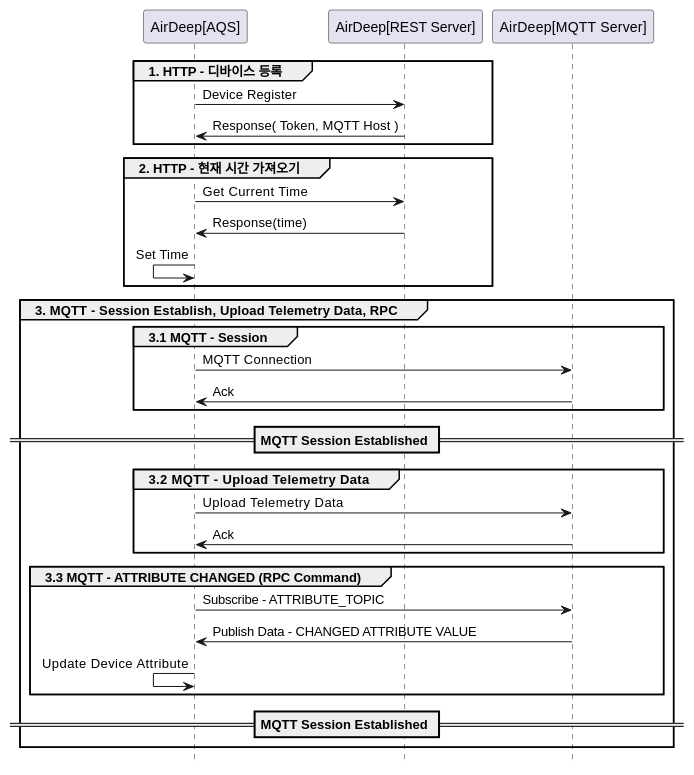
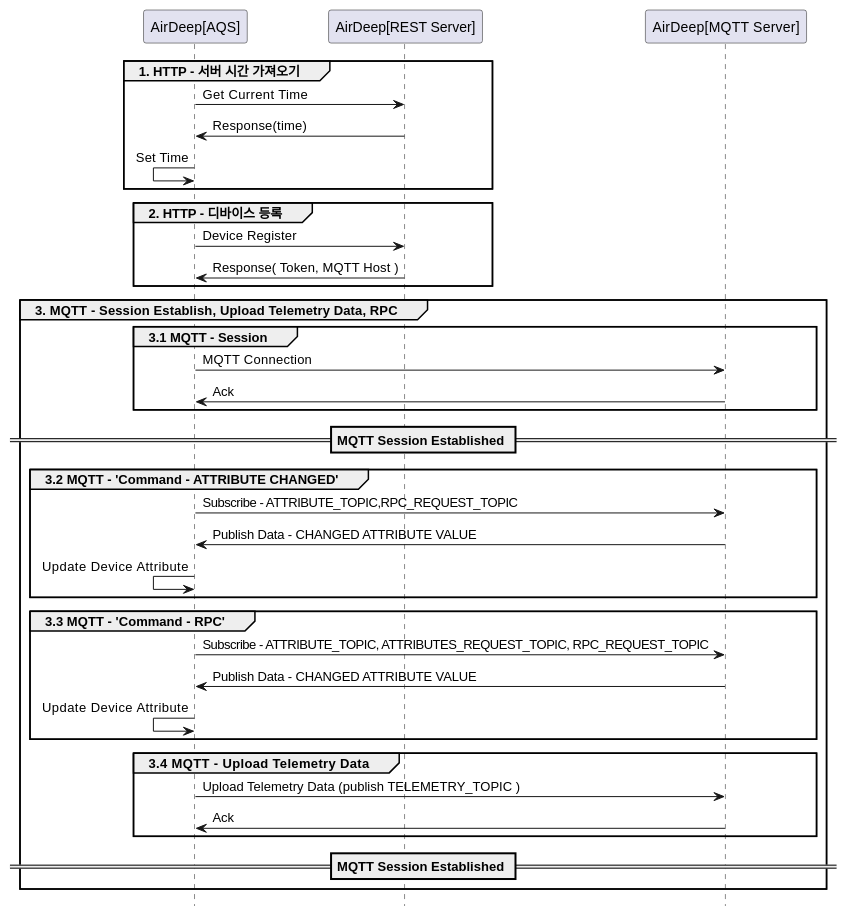
One commit to RTdataLab/DE-ADeep-API-Guide changed the first of 3 diagrams in README.md. Above: the diagram before and after it, drawn with PlantUML. The commit also changed other lines of this file and 4 other files, not shown here.

Commit message:
type 추가 및 플로우 일부 변경

````diff
--- a/README.md
+++ b/README.md
@@ -46,38 +47,46 @@
   ```plantuml
   @startuml
-   participant "AirDeep[AQS]" order 1
-   participant "AirDeep[REST Server]" order 2
-   participant "AirDeep[MQTT Server]" order 3
-   hide footbox
-   group 1. HTTP - 디바이스 등록
-     "AirDeep[AQS]" -> "AirDeep[REST Server]" : Device Register
-     "AirDeep[AQS]" <- "AirDeep[REST Server]"  : Response( Token, MQTT Host )
-   end
+    participant "AirDeep[AQS]" order 1
+    participant "AirDeep[REST Server]" order 2
+    participant "AirDeep[MQTT Server]" order 3
+    hide footbox
+   
+    group 1. HTTP - 서버 시간 가져오기
+        "AirDeep[AQS]" -> "AirDeep[REST Server]" : Get Current Time
+        "AirDeep[AQS]" <- "AirDeep[REST Server]" : Response(time)
+        "AirDeep[AQS]" <- "AirDeep[AQS]" : Set Time
+    end
+    group 2. HTTP - 디바이스 등록
+      "AirDeep[AQS]" -> "AirDeep[REST Server]" : Device Register
+      "AirDeep[AQS]" <- "AirDeep[REST Server]"  : Response( Token, MQTT Host )
+    end
+    
+    group 3. MQTT - Session Establish, Upload Telemetry Data, RPC
+      group 3.1 MQTT - Session
+        "AirDeep[AQS]" -> "AirDeep[MQTT Server]" : MQTT Connection
+        "AirDeep[AQS]" <- "AirDeep[MQTT Server]" : Ack
+      end
 
-   group 2. HTTP - 현재 시간 가져오기
-       "AirDeep[AQS]" -> "AirDeep[REST Server]" : Get Current Time
-       "AirDeep[AQS]" <- "AirDeep[REST Server]" : Response(time)
-       "AirDeep[AQS]" <- "AirDeep[AQS]" : Set Time
-   end
+      == MQTT Session Established ==
 
-   group 3. MQTT - Session Establish, Upload Telemetry Data, RPC
-     group 3.1 MQTT - Session
-       "AirDeep[AQS]" -> "AirDeep[MQTT Server]" : MQTT Connection
-       "AirDeep[AQS]" <- "AirDeep[MQTT Server]" : Ack
-     end
-     == MQTT Session Established ==
-     group 3.2 MQTT - Upload Telemetry Data
-       "AirDeep[AQS]" -> "AirDeep[MQTT Server]" : Upload Telemetry Data
-       "AirDeep[AQS]" <- "AirDeep[MQTT Server]" : Ack
-     end
-
-     group 3.3 MQTT - ATTRIBUTE CHANGED (RPC Command)
-       "AirDeep[AQS]" -> "AirDeep[MQTT Server]" : Subscribe - ATTRIBUTE_TOPIC
+     group 3.2 MQTT - 'Command - ATTRIBUTE CHANGED'
+       "AirDeep[AQS]" -> "AirDeep[MQTT Server]" : Subscribe - ATTRIBUTE_TOPIC,RPC_REQUEST_TOPIC
        "AirDeep[AQS]" <- "AirDeep[MQTT Server]" : Publish Data - CHANGED ATTRIBUTE VALUE
        "AirDeep[AQS]" <- "AirDeep[AQS]" : Update Device Attribute 
      end
-     
-     == MQTT Session Established ==
-   end
+
+     group 3.3 MQTT - 'Command - RPC'
+       "AirDeep[AQS]" -> "AirDeep[MQTT Server]" : Subscribe - ATTRIBUTE_TOPIC, ATTRIBUTES_REQUEST_TOPIC, RPC_REQUEST_TOPIC
+       "AirDeep[AQS]" <- "AirDeep[MQTT Server]" : Publish Data - CHANGED ATTRIBUTE VALUE
+       "AirDeep[AQS]" <- "AirDeep[AQS]" : Update Device Attribute 
+     end
+
+     group 3.4 MQTT - Upload Telemetry Data
+       "AirDeep[AQS]" -> "AirDeep[MQTT Server]" : Upload Telemetry Data (publish TELEMETRY_TOPIC )
+       "AirDeep[AQS]" <- "AirDeep[MQTT Server]" : Ack
+     end
+      
+      == MQTT Session Established ==
+    end
   @enduml
   ```
````
